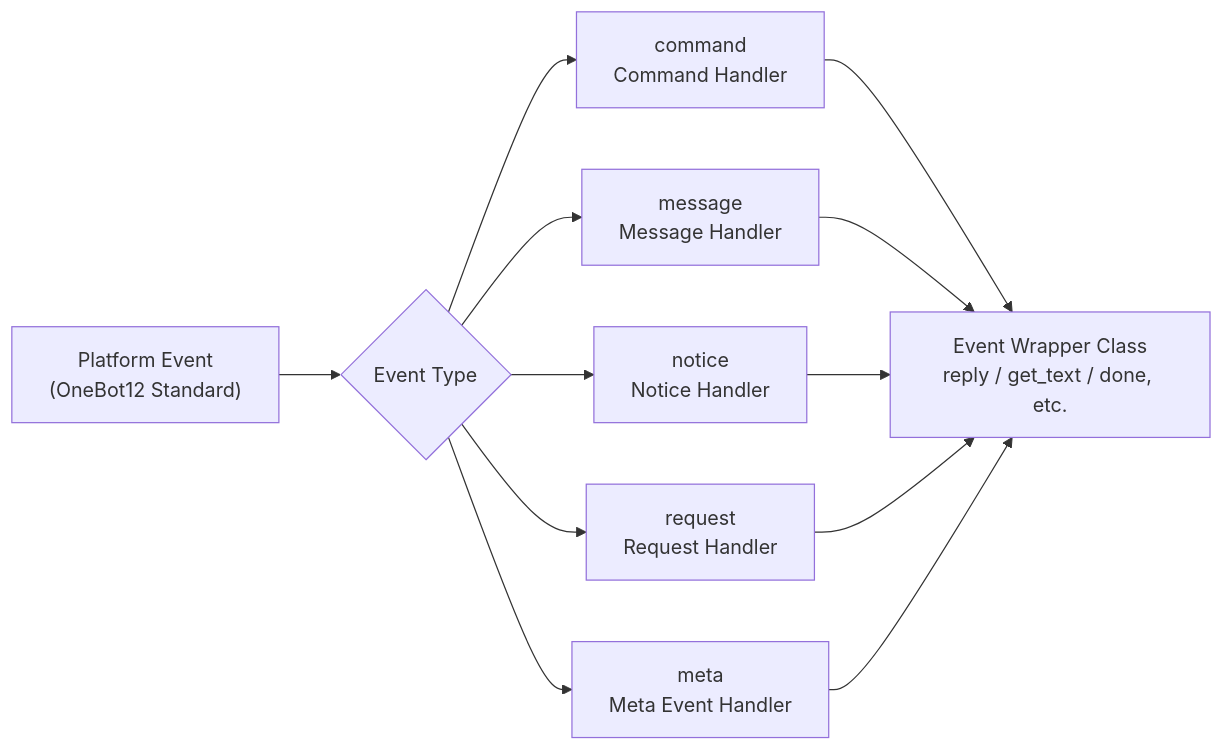
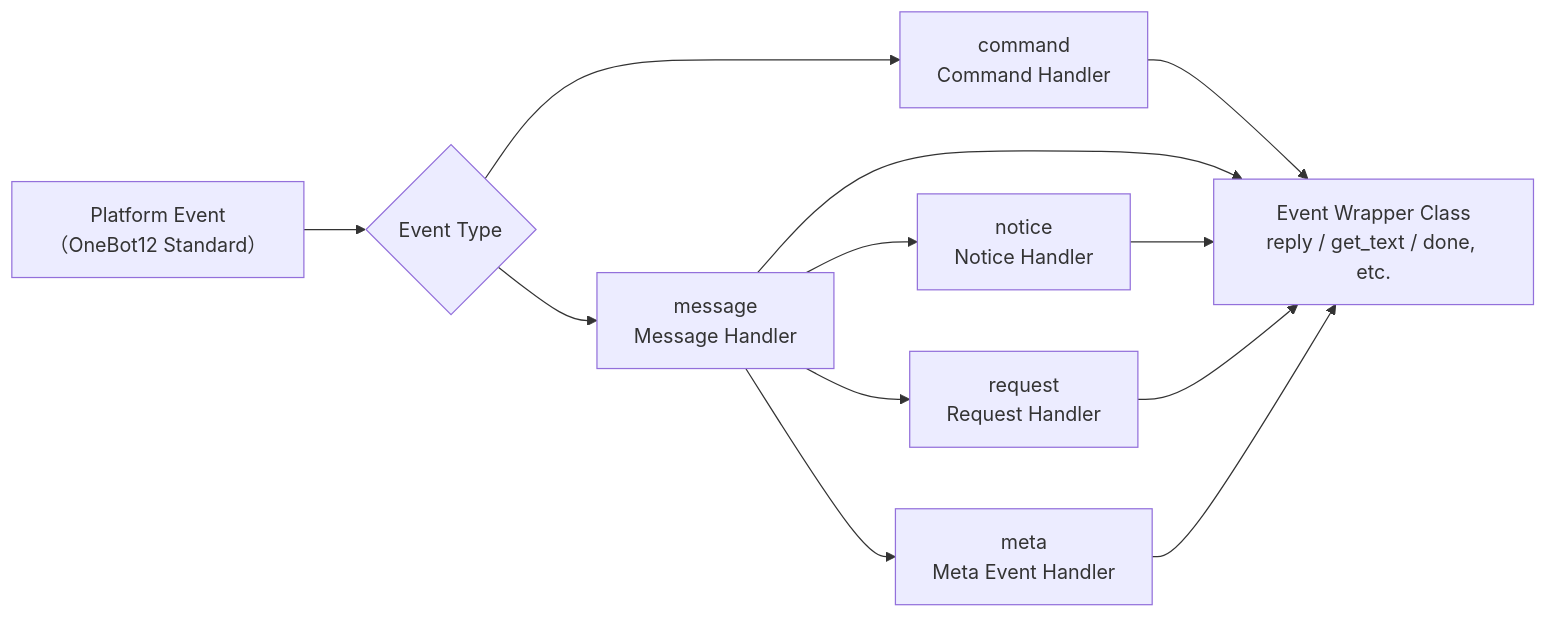
The diagram in docs/en/api-reference/event-system.md (ErisPulse/ErisPulse), drawn with Mermaid before and after one commit. The commit also changed other lines of this file and 31 other files, not shown here.

````diff
--- a/docs/en/api-reference/event-system.md
+++ b/docs/en/api-reference/event-system.md
@@ -7,10 +7,10 @@
 ```mermaid
 flowchart LR
-    A["Platform Event<br/> (OneBot12 Standard)"] --> B{"Event Type"}
+    A["Platform Event<br/>（OneBot12 Standard）"] --> B{"Event Type"}
     B --> C["command<br/>Command Handler"]
     B --> D["message<br/>Message Handler"]
-    B --> E["notice<br/>Notice Handler"]
-    B --> F["request<br/>Request Handler"]
-    B --> G["meta<br/>Meta Event Handler"]
+    D --> E["notice<br/>Notice Handler"]
+    D --> F["request<br/>Request Handler"]
+    D --> G["meta<br/>Meta Event Handler"]
     C & D & E & F & G --> H["Event Wrapper Class<br/>reply / get_text / done, etc."]
 ```
````
